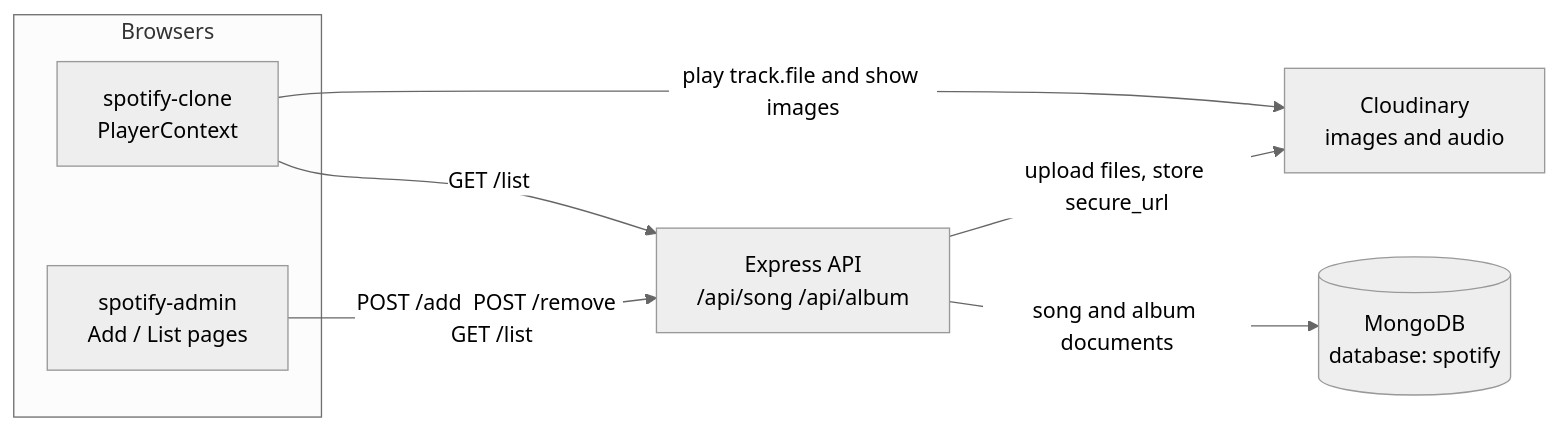
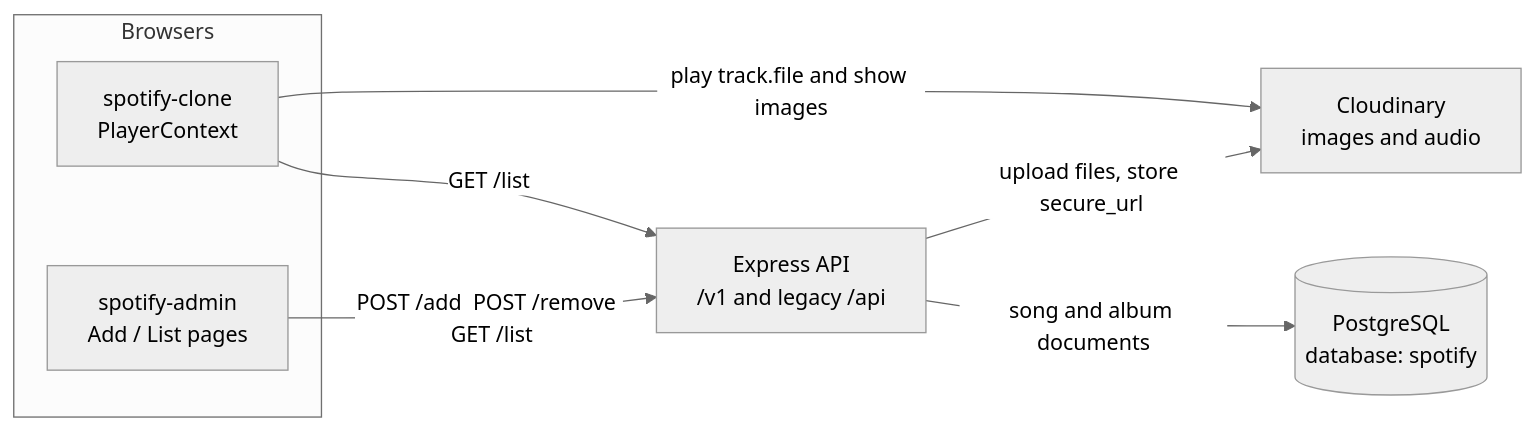
One commit to kuldeepsinghr/Spotify-clone changed the first of 4 diagrams in README.md. Above: the diagram before and after it, drawn with Mermaid (neutral theme). The commit also changed other lines of this file and 67 other files, not shown here.

Commit message:
feat(m3): layered typescript api with paginated /v1 catalog, search and postgres-backed legacy routes

````diff
--- a/README.md
+++ b/README.md
@@ -28,17 +31,17 @@
 ```mermaid
 flowchart LR
   subgraph clients [Browsers]
     Player["spotify-clone<br/>PlayerContext"]
     Admin["spotify-admin<br/>Add / List pages"]
   end
 
-  API["Express API<br/>/api/song  /api/album"]
-  DB[("MongoDB<br/>database: spotify")]
+  API["Express API<br/>/v1  and legacy /api"]
+  DB[("PostgreSQL<br/>database: spotify")]
   CDN["Cloudinary<br/>images and audio"]
 
   Player -->|"GET /list"| API
   Admin -->|"POST /add  POST /remove  GET /list"| API
   API -->|"song and album documents"| DB
   API -->|"upload files, store secure_url"| CDN
   Player -->|"play track.file and show images"| CDN
 ```
````
